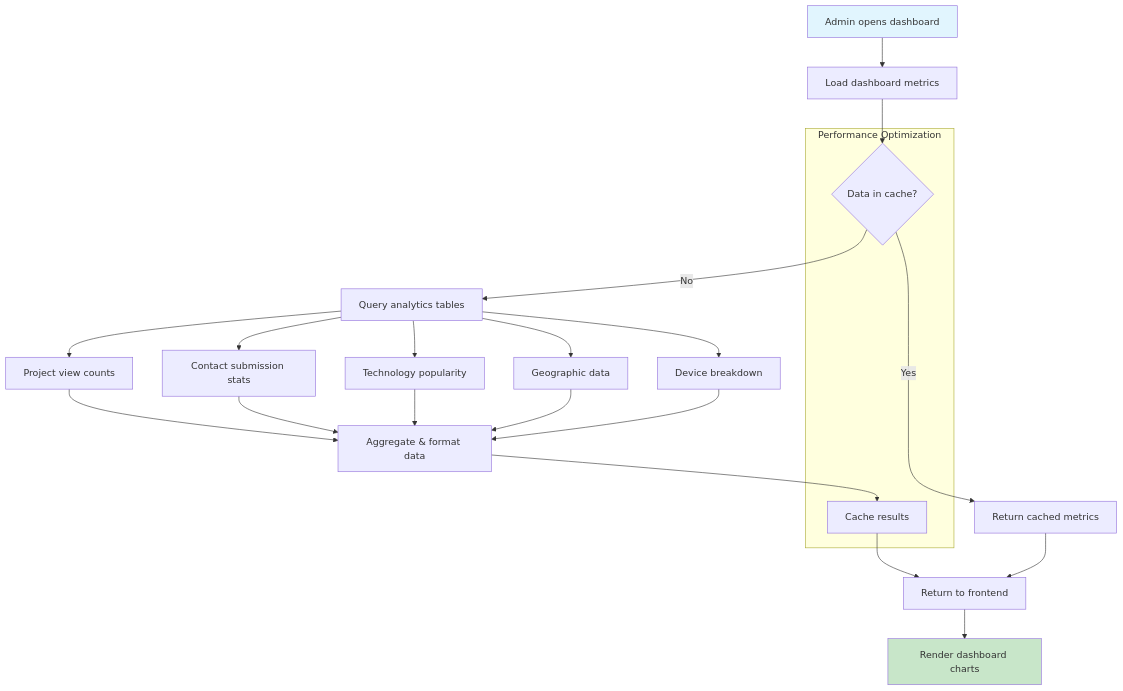
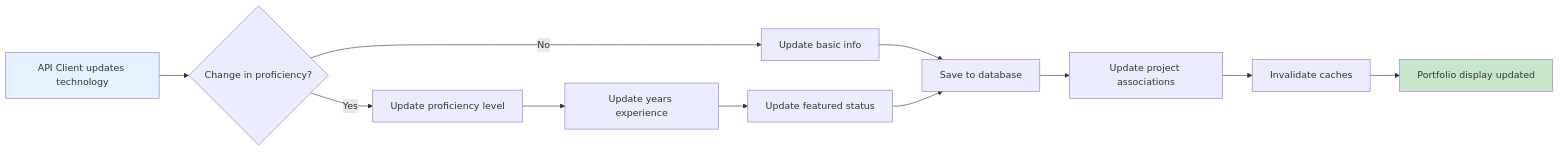
One commit to caseythecoder90/personal-website-backend changed the tenth of 10 diagrams in docs/architecture/DIAGRAMS.md. Above: the diagram before and after it, drawn with Mermaid. The commit also changed other lines of this file and 22 other files, not shown here.

````diff
--- a/docs/architecture/DIAGRAMS.md
+++ b/docs/architecture/DIAGRAMS.md
@@ -515,34 +416,18 @@
 ```mermaid
-flowchart TD
-    A[Admin opens dashboard] --> B[Load dashboard metrics]
-    
-    B --> C{Data in cache?}
-    C -->|Yes| D[Return cached metrics]
-    C -->|No| E[Query analytics tables]
-    
-    E --> F[Project view counts]
-    E --> G[Contact submission stats]
-    E --> H[Technology popularity]
-    E --> I[Geographic data]
-    E --> J[Device breakdown]
-    
-    F --> K[Aggregate & format data]
-    G --> K
-    H --> K
-    I --> K
-    J --> K
-    
-    K --> L[Cache results]
-    L --> M[Return to frontend]
-    
-    D --> M
-    M --> N[Render dashboard charts]
-    
-    subgraph "Performance Optimization"
-        C
-        L
-    end
-    
-    style A fill:#e1f5fe
-    style N fill:#c8e6c9
+flowchart LR
+    A[API Client updates technology] --> B{Change in proficiency?}
+    B -->|No| C[Update basic info]
+    B -->|Yes| D[Update proficiency level]
+
+    C --> E[Save to database]
+    D --> F[Update years experience]
+    F --> G[Update featured status]
+    G --> E
+
+    E --> H[Update project associations]
+    H --> I[Invalidate caches]
+    I --> J[Portfolio display updated]
+
+    style A fill:#e3f2fd
+    style J fill:#c8e6c9
 ```
````
